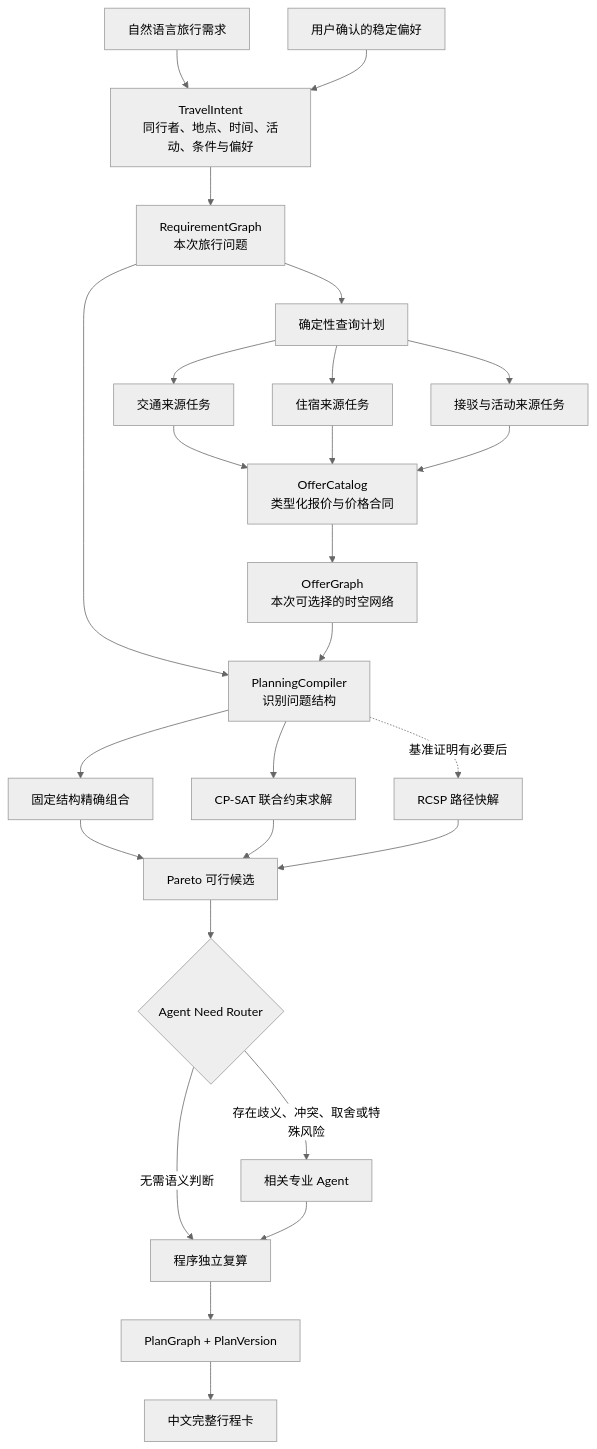
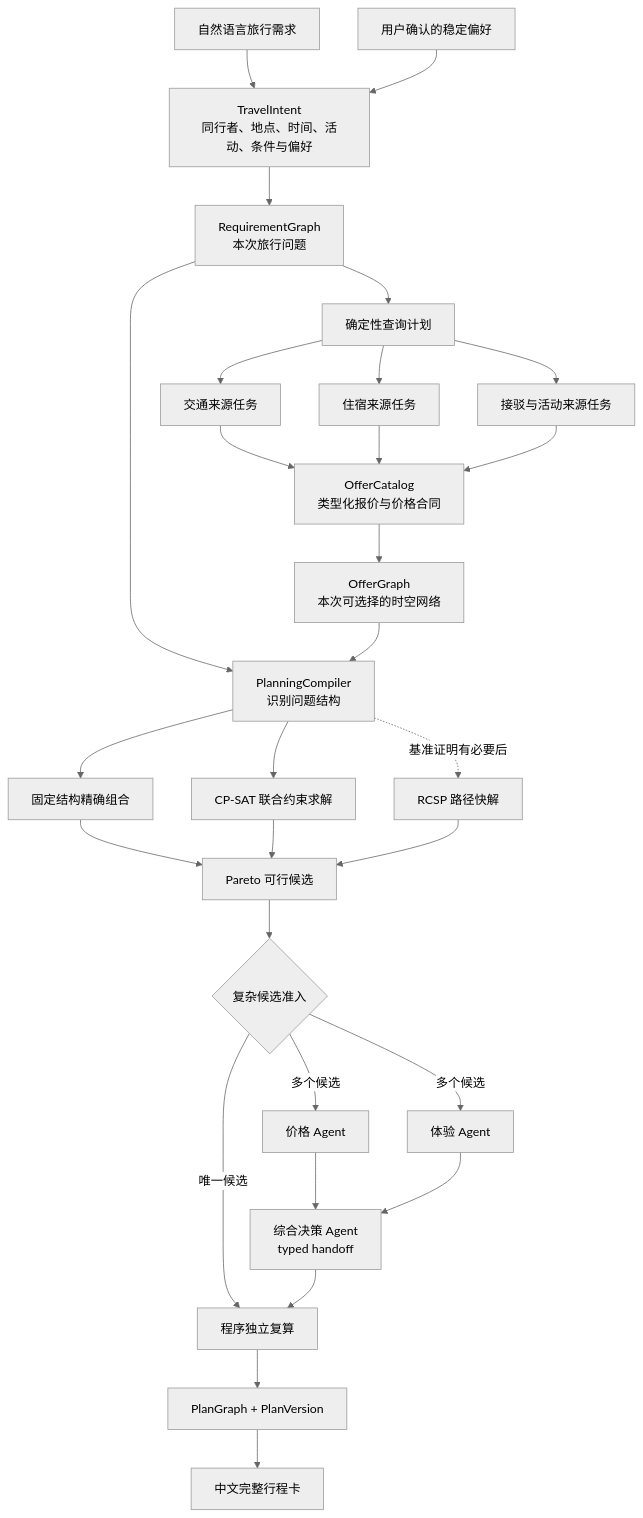
The diagram in docs/target-architecture.md (Oxygen56/TripChord), drawn with Mermaid (neutral theme) before and after one commit. The commit also changed other lines of this file and 19 other files, not shown here.

````diff
--- a/docs/target-architecture.md
+++ b/docs/target-architecture.md
@@ -64,28 +64,31 @@
 ```mermaid
 flowchart TD
   U[自然语言旅行需求] --> I[TravelIntent<br/>同行者、地点、时间、活动、条件与偏好]
   I --> R[RequirementGraph<br/>本次旅行问题]
   R --> A[确定性查询计划]
   A --> P1[交通来源任务]
   A --> P2[住宿来源任务]
   A --> P3[接驳与活动来源任务]
   P1 --> C[OfferCatalog<br/>类型化报价与价格合同]
   P2 --> C
   P3 --> C
   C --> O[OfferGraph<br/>本次可选择的时空网络]
   R --> S[PlanningCompiler<br/>识别问题结构]
   O --> S
   S --> S1[固定结构精确组合]
   S --> S2[CP-SAT 联合约束求解]
   S -.基准证明有必要后.-> S3[RCSP 路径快解]
   S1 --> F[Pareto 可行候选]
   S2 --> F
   S3 --> F
-  F --> N{Agent Need Router}
-  N -->|无需语义判断| V[程序独立复算]
-  N -->|存在歧义、冲突、取舍或特殊风险| G[相关专业 Agent]
-  G --> V
+  F --> N{复杂候选准入}
+  N -->|唯一候选| V[程序独立复算]
+  N -->|多个候选| B[价格 Agent]
+  N -->|多个候选| E[体验 Agent]
+  B --> D[综合决策 Agent<br/>typed handoff]
+  E --> D
+  D --> V
   V --> PG[PlanGraph + PlanVersion]
   PG --> K[中文完整行程卡]
   M[用户确认的稳定偏好] --> I
 ```
````
